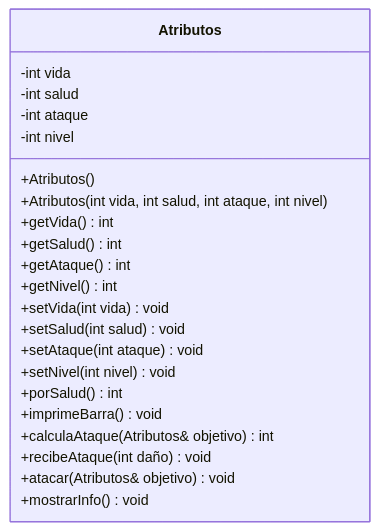
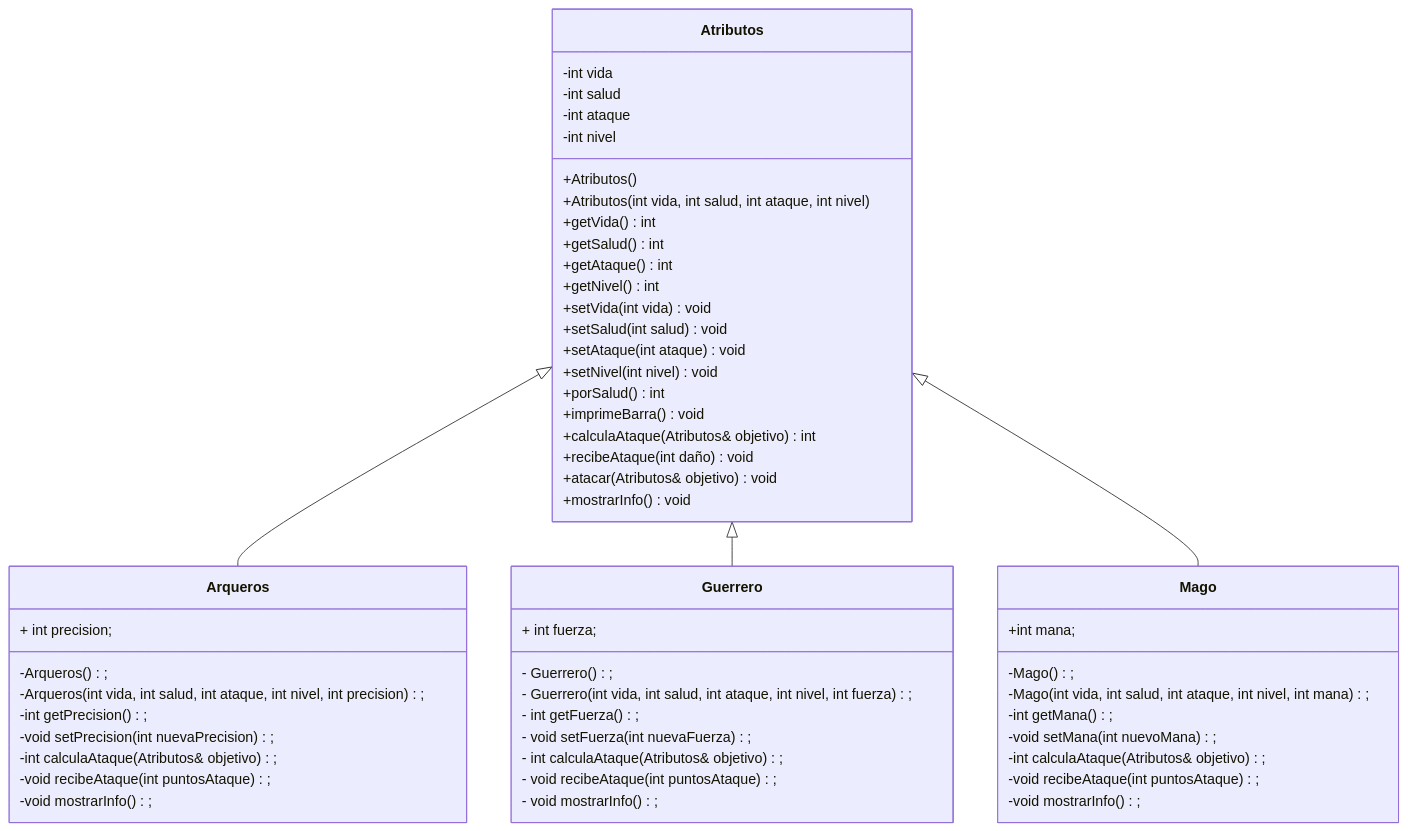
Before and after one commit to a01753425-arch/Proyecto_A01753425: the diagram in assignments/Proyecto/README.md, drawn with Mermaid. The commit also changed 7 other files, not shown here.

````diff
--- a/assignments/Proyecto/README.md
+++ b/assignments/Proyecto/README.md
@@ -1,26 +1,62 @@
 ```mermaid
 classDiagram
-class Atributos {
-    -int vida
-    -int salud
-    -int ataque
-    -int nivel
+        Atributos<|--Arqueros
+        Atributos<|--Guerrero
+        Atributos<|--Mago
+            class Atributos {
+                -int vida
+                -int salud
+                -int ataque
+                -int nivel
 
-    +Atributos()
-    +Atributos(int vida, int salud, int ataque, int nivel)
-    +getVida() int
-    +getSalud() int
-    +getAtaque() int
-    +getNivel() int
-    +setVida(int vida) void
-    +setSalud(int salud) void
-    +setAtaque(int ataque) void
-    +setNivel(int nivel) void
-    +porSalud() int
-    +imprimeBarra() void
-    +calculaAtaque(Atributos& objetivo) int
-    +recibeAtaque(int daño) void
-    +atacar(Atributos& objetivo) void
-    +mostrarInfo() void
-}
+                +Atributos()
+                +Atributos(int vida, int salud, int ataque, int nivel)
+                +getVida() int
+                +getSalud() int
+                +getAtaque() int
+                +getNivel() int
+                +setVida(int vida) void
+                +setSalud(int salud) void
+                +setAtaque(int ataque) void
+                +setNivel(int nivel) void
+                +porSalud() int
+                +imprimeBarra() void
+                +calculaAtaque(Atributos& objetivo) int
+                +recibeAtaque(int daño) void
+                +atacar(Atributos& objetivo) void
+                +mostrarInfo() void
+            }
+        class Guerrero {
+            -  Guerrero();
+            -   Guerrero(int vida, int salud, int ataque, int nivel, int fuerza);
+            -  int getFuerza();
+            -  void setFuerza(int nuevaFuerza);
+            -  int calculaAtaque(Atributos& objetivo);
+            -  void recibeAtaque(int puntosAtaque);
+            -  void mostrarInfo();
+
+            + int fuerza;
+        }
+        class Arqueros {
+            -Arqueros();
+            -Arqueros(int vida, int salud, int ataque, int nivel, int precision);
+            -int getPrecision();
+            -void setPrecision(int nuevaPrecision);
+            -int calculaAtaque(Atributos& objetivo);
+            -void recibeAtaque(int puntosAtaque);
+            -void mostrarInfo();
+
+            + int precision;
+        }
+        class Mago {
+            -Mago();
+            -Mago(int vida, int salud, int ataque, int nivel, int mana);
+            -int getMana();
+            -void setMana(int nuevoMana);
+            -int calculaAtaque(Atributos& objetivo);
+            -void recibeAtaque(int puntosAtaque);
+            -void mostrarInfo();
+
+            +int mana;
+        }
 ```
````
